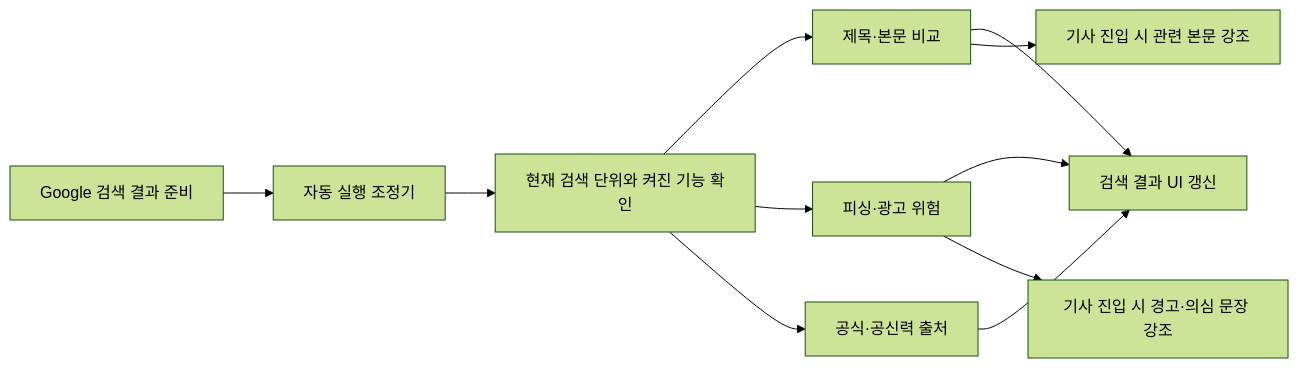
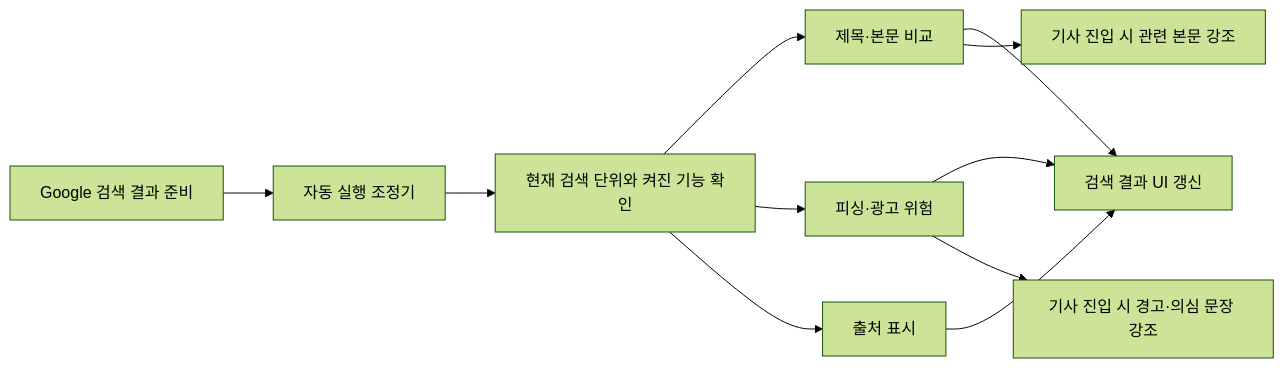
Before and after one commit to kook222/AI-Builder-Sprint: the diagram in README.md, drawn with Mermaid (forest theme). The commit also changed other lines of this file, not shown here.

````diff
--- a/README.md
+++ b/README.md
@@ -118,13 +114,13 @@
 ```mermaid
 flowchart LR
     A["Google 검색 결과 준비"] --> B["자동 실행 조정기"]
     B --> C["현재 검색 단위와 켜진 기능 확인"]
     C --> D1["제목·본문 비교"]
     C --> D2["피싱·광고 위험"]
-    C --> D3["공식·공신력 출처"]
+    C --> D3["출처 표시"]
     D1 --> E["검색 결과 UI 갱신"]
     D2 --> E
     D3 --> E
     D1 --> F["기사 진입 시 관련 본문 강조"]
     D2 --> G["기사 진입 시 경고·의심 문장 강조"]
 ```
````
